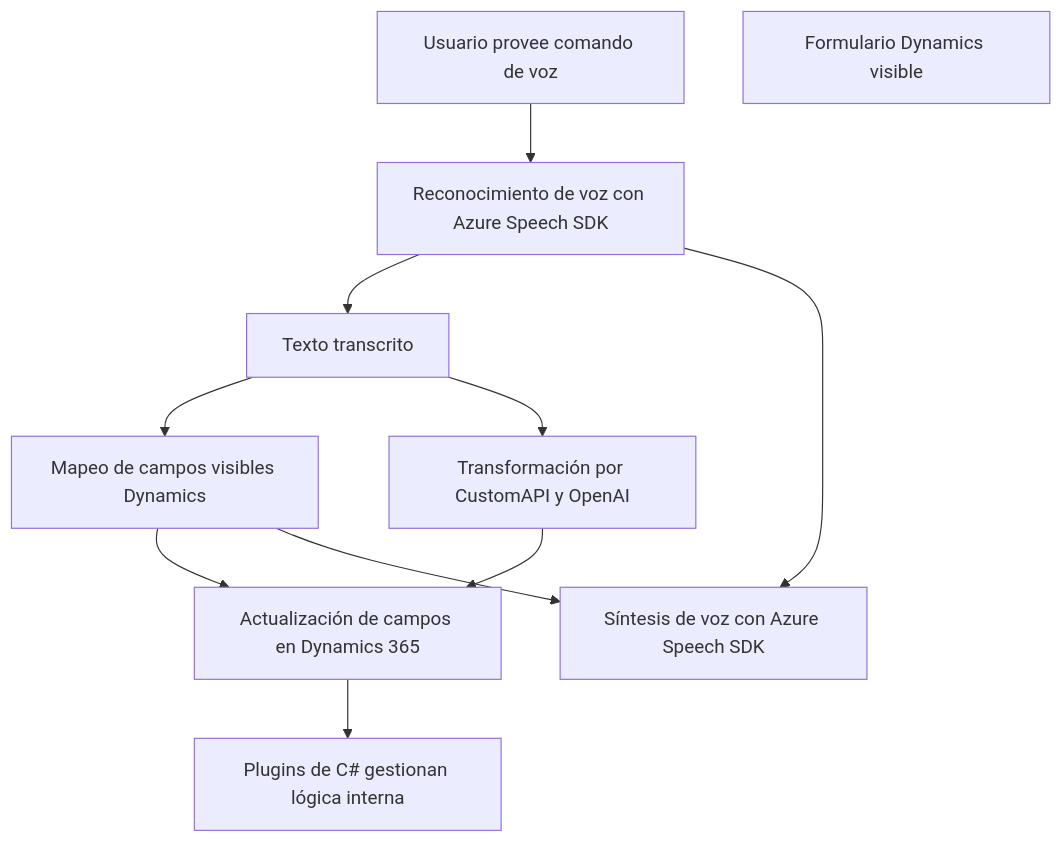
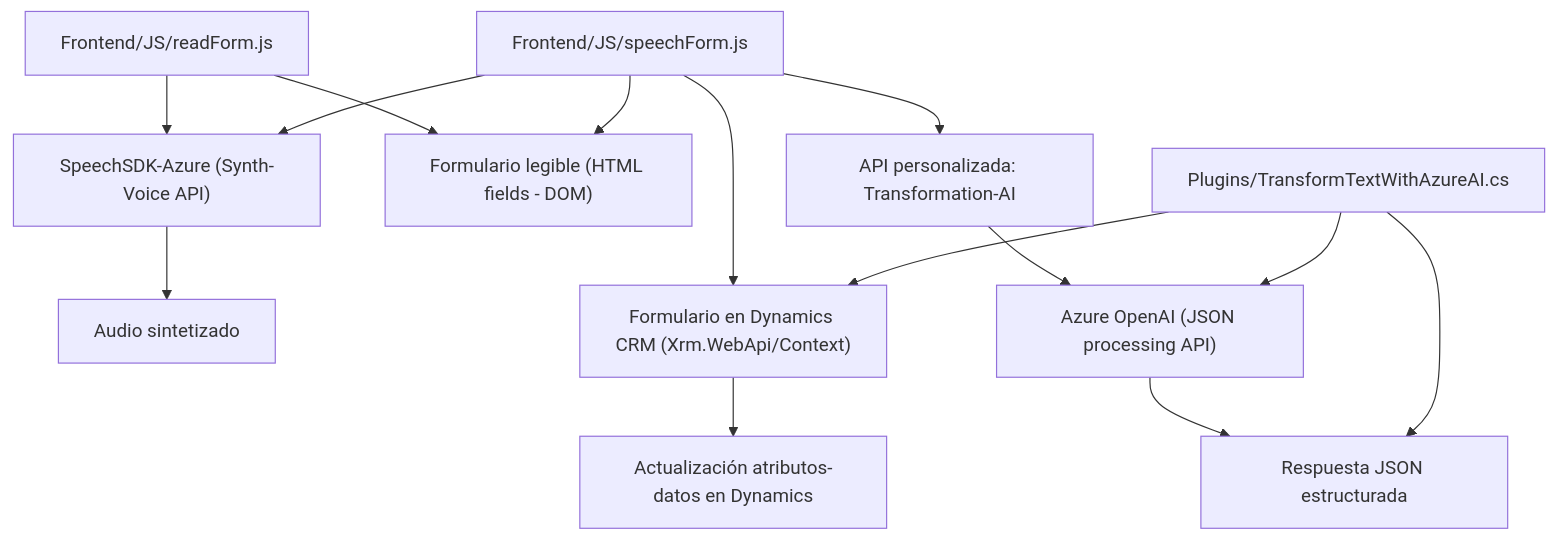
The diagram in README.md (blopezdm/NETCORE_BILBAO2025), drawn with Mermaid before and after one commit. The commit also changed other lines of this file, not shown here.

Commit message:
Actualizar análisis global de la solución con IA

````diff
--- a/README.md
+++ b/README.md
@@ -61,22 +41,19 @@
 ```mermaid
 graph TD
-    UserInput["Usuario provee comando de voz"]
-    FormContext["Formulario Dynamics visible"]
-    VoiceRecognition["Reconocimiento de voz con Azure Speech SDK"]
-    Transcript["Texto transcrito"]
-    FieldMapping["Mapeo de campos visibles Dynamics"]
-    APIProcessing["Transformación por CustomAPI y OpenAI"]
-    SynthVoice["Síntesis de voz con Azure Speech SDK"]
-    CRMUpdate["Actualización de campos en Dynamics 365"]
-    Plugin["Plugins de C# gestionan lógica interna"]
+  A["Frontend/JS/readForm.js"] --> B["SpeechSDK-Azure (Synth-Voice API)"]
+  A --> C["Formulario legible (HTML fields - DOM)"]
+  B --> D["Audio sintetizado"]
 
-    UserInput --> VoiceRecognition
-    VoiceRecognition --> Transcript
-    Transcript --> FieldMapping
-    FieldMapping --> CRMUpdate
-    FieldMapping --> SynthVoice
-    Transcript --> APIProcessing
-    APIProcessing --> CRMUpdate
-    VoiceRecognition --> SynthVoice
-    CRMUpdate --> Plugin
+  E["Frontend/JS/speechForm.js"] --> B
+  E --> C
+  E --> F["Formulario en Dynamics CRM (Xrm.WebApi/Context)"]
+  E --> G["API personalizada: Transformation-AI"]
+
+  G --> H["Azure OpenAI (JSON processing API)"]
+  F --> I["Actualización atributos-datos en Dynamics"]
+
+  J["Plugins/TransformTextWithAzureAI.cs"] --> F
+  J --> H
+  H --> K["Respuesta JSON estructurada"]
+  J --> K
 ```
````
